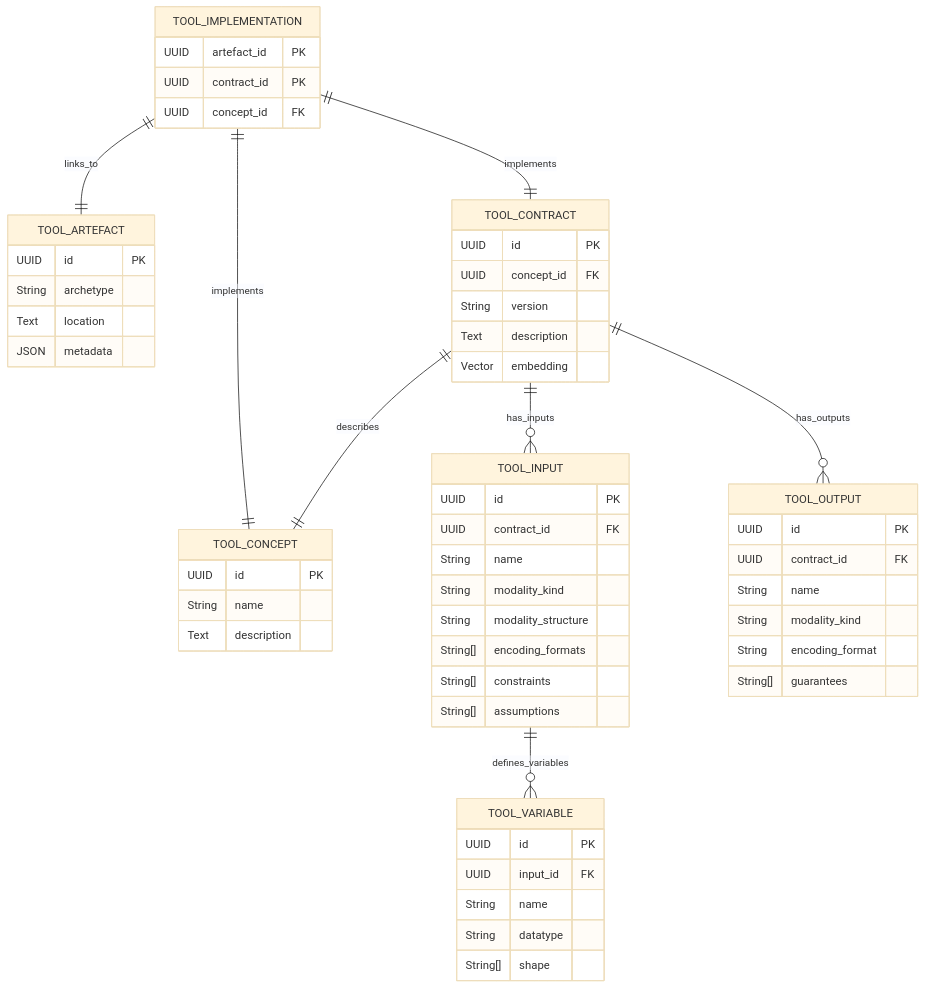
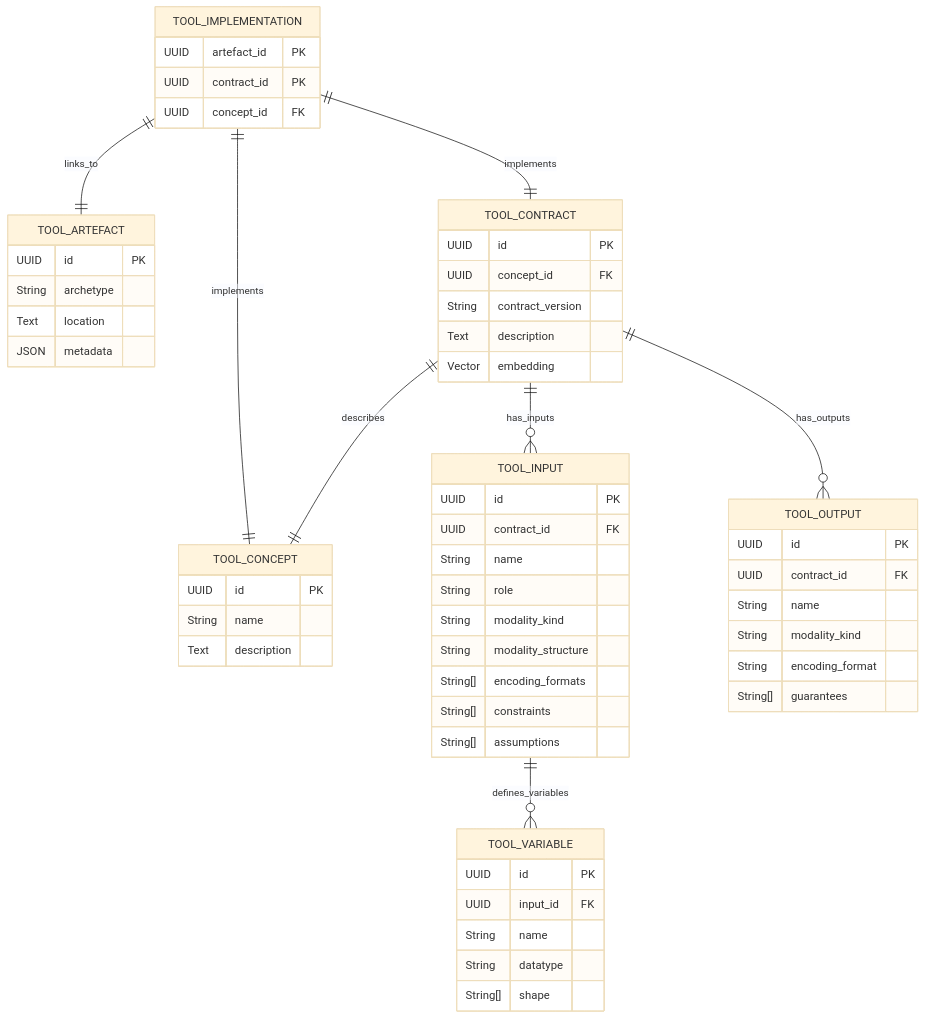
Before and after one commit to EOSC-Data-Commons/toolmeta-models: the diagram in README.md, drawn with Mermaid (base theme).

Commit message:
Update ER diagram

````diff
--- a/README.md
+++ b/README.md
@@ -6,71 +6,72 @@
 ```mermaid
 erDiagram
     %% Root table
     TOOL_IMPLEMENTATION {
         UUID artefact_id PK
         UUID contract_id PK
         UUID concept_id FK
     }
     
     %% Artefact table
    TOOL_ARTEFACT {
         UUID id PK
         String archetype
         Text location
         JSON metadata
     }
     
     %% Tool contract table
     TOOL_CONTRACT {
         UUID id PK
         UUID concept_id FK
-        String version
+        String contract_version
         Text description
         Vector embedding
     }
     
     %% Tool concept table
     TOOL_CONCEPT {
         UUID id PK
         String name
         Text description
     }
     
     %% Inputs and outputs
     TOOL_INPUT {
         UUID id PK
         UUID contract_id FK
         String name
+        String role
         String modality_kind
         String modality_structure
         String[] encoding_formats
         String[] constraints
         String[] assumptions
     }
     
     TOOL_VARIABLE {
         UUID id PK
         UUID input_id FK
         String name
         String datatype
         String[] shape
     }
     
     TOOL_OUTPUT {
         UUID id PK
         UUID contract_id FK
         String name
         String modality_kind
         String encoding_format
         String[] guarantees
     }
     
     %% Relationships
     TOOL_IMPLEMENTATION ||--|| TOOL_ARTEFACT : links_to
     TOOL_IMPLEMENTATION ||--|| TOOL_CONTRACT : implements
     TOOL_IMPLEMENTATION ||--|| TOOL_CONCEPT : implements
     TOOL_CONTRACT ||--|| TOOL_CONCEPT : describes
     TOOL_CONTRACT ||--o{ TOOL_INPUT : has_inputs
     TOOL_CONTRACT ||--o{ TOOL_OUTPUT : has_outputs
     TOOL_INPUT ||--o{ TOOL_VARIABLE : defines_variables
 ```
````
